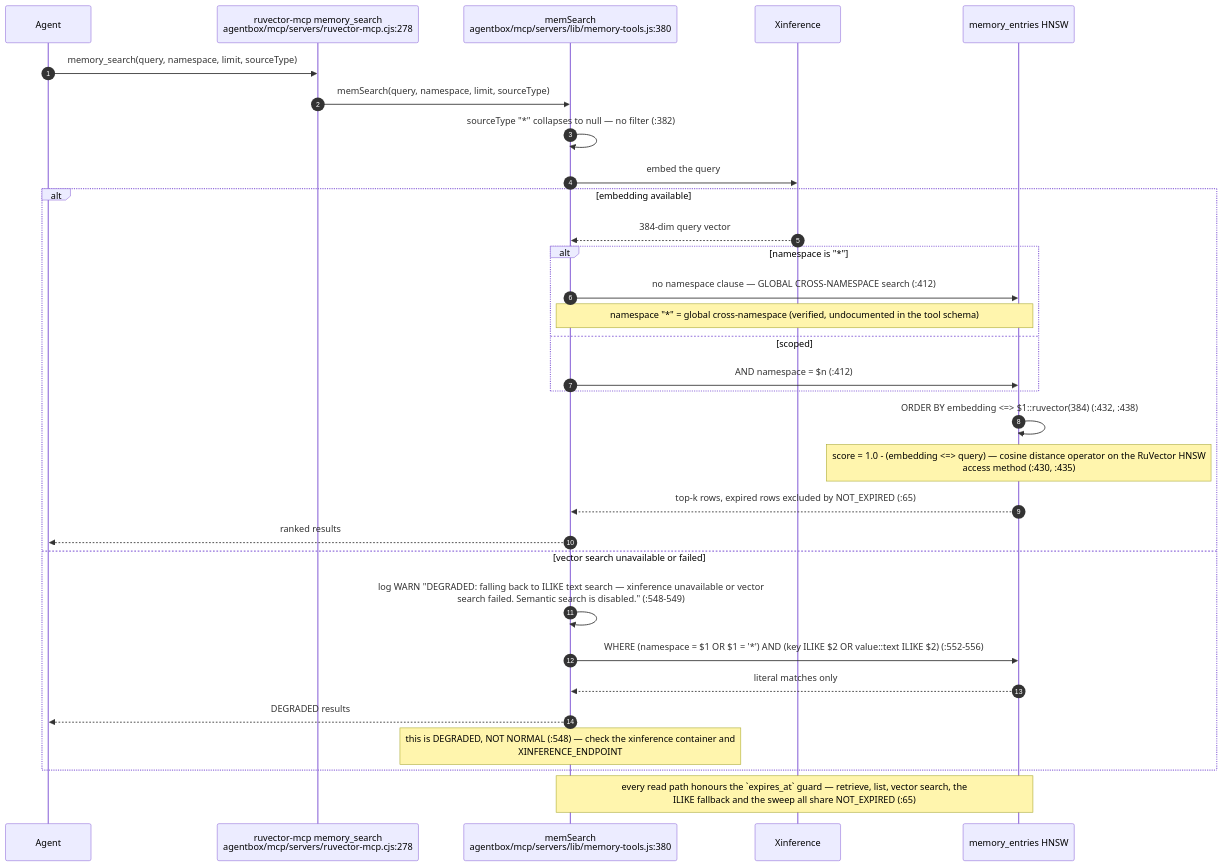
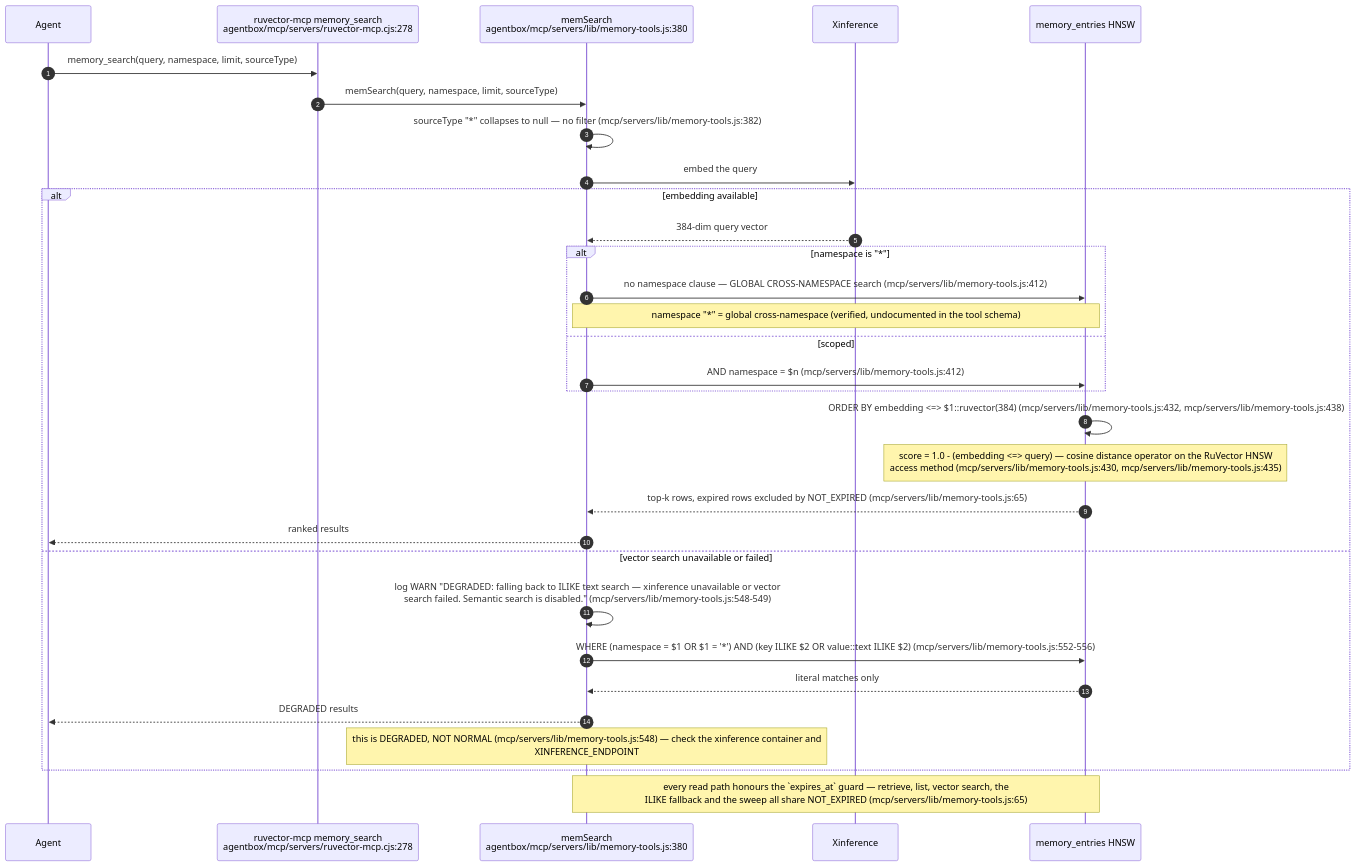
One commit to DreamLab-AI/VisionFlow changed the third of 12 diagrams in docs/diagrams/agentbox/20-ruvector-memory-path.md. Above: the diagram before and after it, drawn with Mermaid. The commit also changed other lines of this file and 7 other files, not shown here.

Commit message:
docs(diagrams): bind closeout security and retrieval flows to source

````diff
--- a/docs/diagrams/agentbox/20-ruvector-memory-path.md
+++ b/docs/diagrams/agentbox/20-ruvector-memory-path.md
@@ -120,34 +120,34 @@
 ```mermaid
 sequenceDiagram
     autonumber
     participant AG as Agent
     participant SRV as ruvector-mcp memory_search<br/>agentbox/mcp/servers/ruvector-mcp.cjs:278
     participant MS as memSearch<br/>agentbox/mcp/servers/lib/memory-tools.js:380
     participant XI as Xinference
     participant PG as memory_entries HNSW
 
     AG->>SRV: memory_search(query, namespace, limit, sourceType)
     SRV->>MS: memSearch(query, namespace, limit, sourceType)
-    MS->>MS: sourceType "*" collapses to null — no filter (:382)
+    MS->>MS: sourceType "*" collapses to null — no filter (mcp/servers/lib/memory-tools.js:382)
     MS->>XI: embed the query
     alt embedding available
         XI-->>MS: 384-dim query vector
         alt namespace is "*"
-            MS->>PG: no namespace clause — GLOBAL CROSS-NAMESPACE search (:412)
+            MS->>PG: no namespace clause — GLOBAL CROSS-NAMESPACE search (mcp/servers/lib/memory-tools.js:412)
             Note over MS,PG: namespace "*" = global cross-namespace (verified, undocumented in the tool schema)
         else scoped
-            MS->>PG: AND namespace = $n (:412)
+            MS->>PG: AND namespace = $n (mcp/servers/lib/memory-tools.js:412)
         end
-        PG->>PG: ORDER BY embedding <=> $1::ruvector(384) (:432, :438)
-        Note over PG: score = 1.0 - (embedding <=> query) — cosine distance operator on the RuVector HNSW<br/>access method (:430, :435)
-        PG-->>MS: top-k rows, expired rows excluded by NOT_EXPIRED (:65)
+        PG->>PG: ORDER BY embedding <=> $1::ruvector(384) (mcp/servers/lib/memory-tools.js:432, mcp/servers/lib/memory-tools.js:438)
+        Note over PG: score = 1.0 - (embedding <=> query) — cosine distance operator on the RuVector HNSW<br/>access method (mcp/servers/lib/memory-tools.js:430, mcp/servers/lib/memory-tools.js:435)
+        PG-->>MS: top-k rows, expired rows excluded by NOT_EXPIRED (mcp/servers/lib/memory-tools.js:65)
         MS-->>AG: ranked results
     else vector search unavailable or failed
-        MS->>MS: log WARN "DEGRADED: falling back to ILIKE text search — xinference unavailable or vector<br/>search failed. Semantic search is disabled." (:548-549)
-        MS->>PG: WHERE (namespace = $1 OR $1 = '*') AND (key ILIKE $2 OR value::text ILIKE $2) (:552-556)
+        MS->>MS: log WARN "DEGRADED: falling back to ILIKE text search — xinference unavailable or vector<br/>search failed. Semantic search is disabled." (mcp/servers/lib/memory-tools.js:548-549)
+        MS->>PG: WHERE (namespace = $1 OR $1 = '*') AND (key ILIKE $2 OR value::text ILIKE $2) (mcp/servers/lib/memory-tools.js:552-556)
         PG-->>MS: literal matches only
         MS-->>AG: DEGRADED results
-        Note over MS: this is DEGRADED, NOT NORMAL (:548) — check the xinference container and<br/>XINFERENCE_ENDPOINT
+        Note over MS: this is DEGRADED, NOT NORMAL (mcp/servers/lib/memory-tools.js:548) — check the xinference container and<br/>XINFERENCE_ENDPOINT
     end
-    Note over MS,PG: every read path honours the `expires_at` guard — retrieve, list, vector search, the<br/>ILIKE fallback and the sweep all share NOT_EXPIRED (:65)
+    Note over MS,PG: every read path honours the `expires_at` guard — retrieve, list, vector search, the<br/>ILIKE fallback and the sweep all share NOT_EXPIRED (mcp/servers/lib/memory-tools.js:65)
 ```
````
